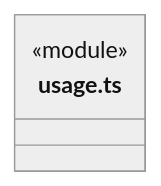
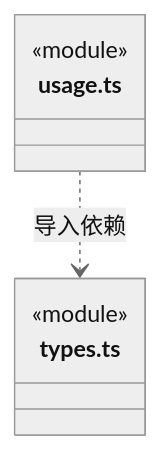
Before and after one commit to nan023062/cbim: the fifth of 19 diagrams in src/backend/core/brain/ARCHITECTURE.md, drawn with Mermaid (neutral theme). The commit also changed other lines of this file and 356 other files, not shown here.

First line of the commit message:
chore: preserve architecture remediation before desktop 0.1.7 alignment

````diff
--- a/src/backend/core/brain/ARCHITECTURE.md
+++ b/src/backend/core/brain/ARCHITECTURE.md
@@ -140,6 +138,10 @@
 ```mermaid
 classDiagram
+class N_src_backend_core_brain_types_ts["types.ts"] {
+  <<module>>
+}
 class N_src_backend_core_brain_usage_ts["usage.ts"] {
   <<module>>
 }
+N_src_backend_core_brain_usage_ts ..> N_src_backend_core_brain_types_ts : 导入依赖
 ```
````
